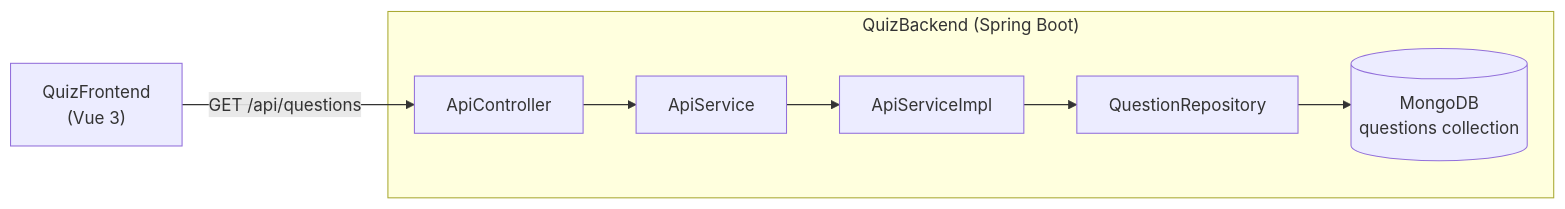
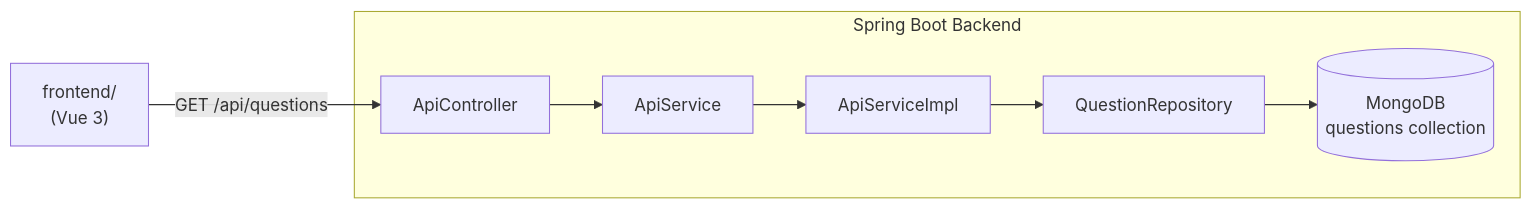
One commit to Seal-Re/QuizBackend changed the diagram in README.md. Above: the diagram before and after it, drawn with Mermaid. The commit also changed other lines of this file, not shown here.

Commit message:
docs: update README to reflect monorepo and rename to QuizPlatform

````diff
--- a/README.md
+++ b/README.md
@@ -20,10 +20,10 @@
 ```mermaid
 flowchart LR
-    Frontend["QuizFrontend\n(Vue 3)"] -->|GET /api/questions| ApiController
-    subgraph QuizBackend["QuizBackend (Spring Boot)"]
+    Frontend["frontend/\n(Vue 3)"] -->|GET /api/questions| ApiController
+    subgraph QuizBackend["Spring Boot Backend"]
         ApiController --> ApiService
         ApiService --> ApiServiceImpl
         ApiServiceImpl --> QuestionRepository
         QuestionRepository --> MongoDB[("MongoDB\nquestions collection")]
     end
 ```
````
